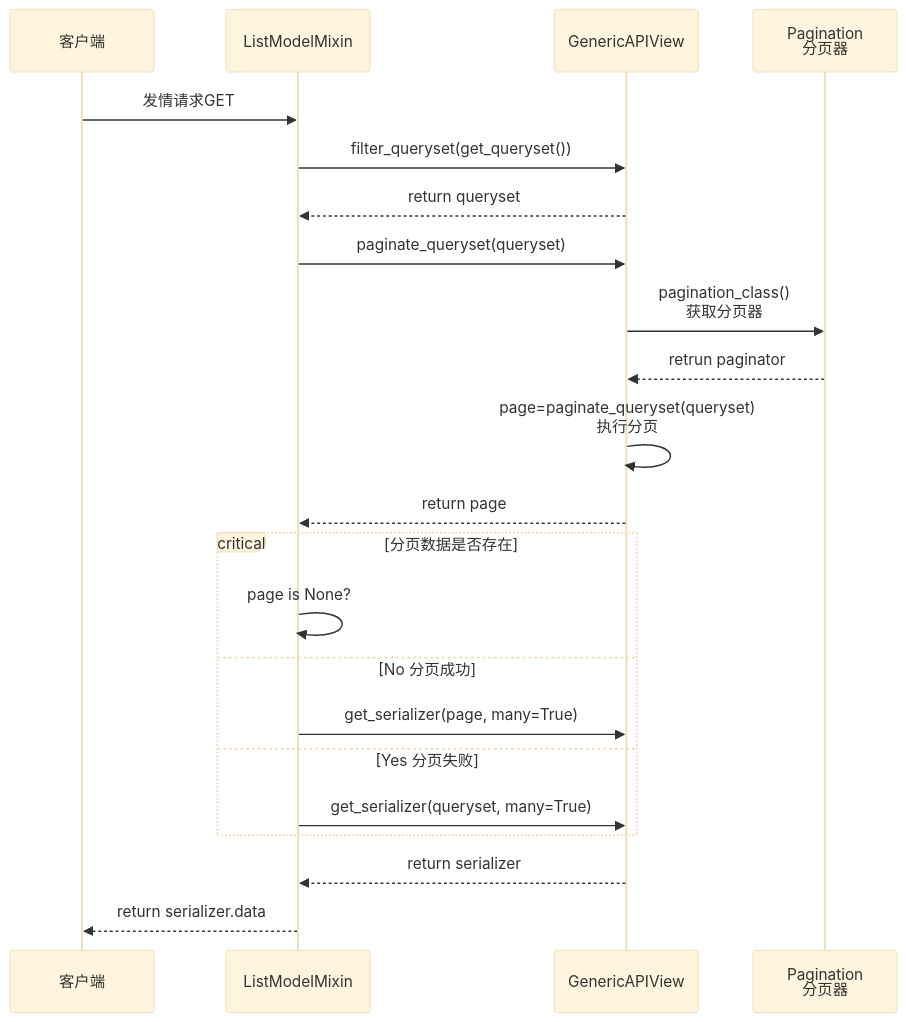
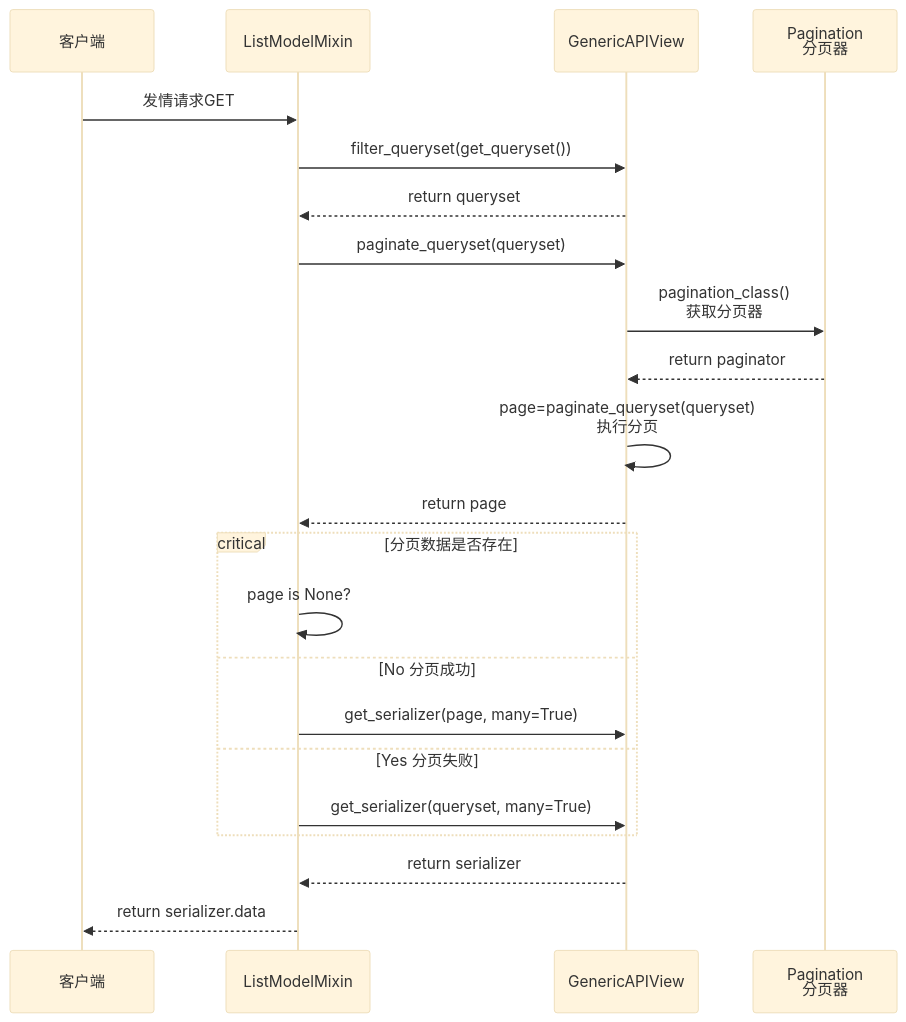
The fifth of 5 diagrams in docs/diagram/Views.md (HACK-WU/django-rest-framework), drawn with Mermaid (base theme) before and after one commit. The commit also changed other lines of this file, not shown here.

Commit message:
feat: 添加GenericAPIView 相关图解

````diff
--- a/docs/diagram/Views.md
+++ b/docs/diagram/Views.md
@@ -110,31 +110,26 @@
 ```mermaid
 sequenceDiagram
     participant C as 客户端
     participant A as ListModelMixin
-    participant B as GenericAPIView 
+    participant B as GenericAPIView
     participant F as Pagination<br>分页器
+    C ->> A: 发情请求GET
+    A ->> B: filter_queryset(get_queryset())
+    B -->> A: return queryset
+    A ->> B: paginate_queryset(queryset)
+    B ->> F: pagination_class()<br>获取分页器
+    F -->> B: return paginator
+    B ->> B: page=paginate_queryset(queryset)<br>执行分页
+    B -->> A: return page
 
-    
-    C->>A: 发情请求GET
-    A->>B: filter_queryset(get_queryset())
-    B-->>A: return queryset
-    A->>B: paginate_queryset(queryset)
+    critical 分页数据是否存在
+        A ->> A: page is None?
 
-    B->>F: pagination_class()<br>获取分页器
-    F-->>B: retrun paginator
-    B->>B: page=paginate_queryset(queryset)<br>执行分页
-    B-->>A: return page
-
-    
-  
-    critical 分页数据是否存在
-        A->>A: page is None?
-    
     option No 分页成功
-       A->>B: get_serializer(page, many=True)
+        A ->> B: get_serializer(page, many=True)
     option Yes 分页失败
-        A->>B: get_serializer(queryset, many=True)
+        A ->> B: get_serializer(queryset, many=True)
     end
-    B-->>A: return serializer
-    A-->>C: return serializer.data
+    B -->> A: return serializer
+    A -->> C: return serializer.data
 ```
````
